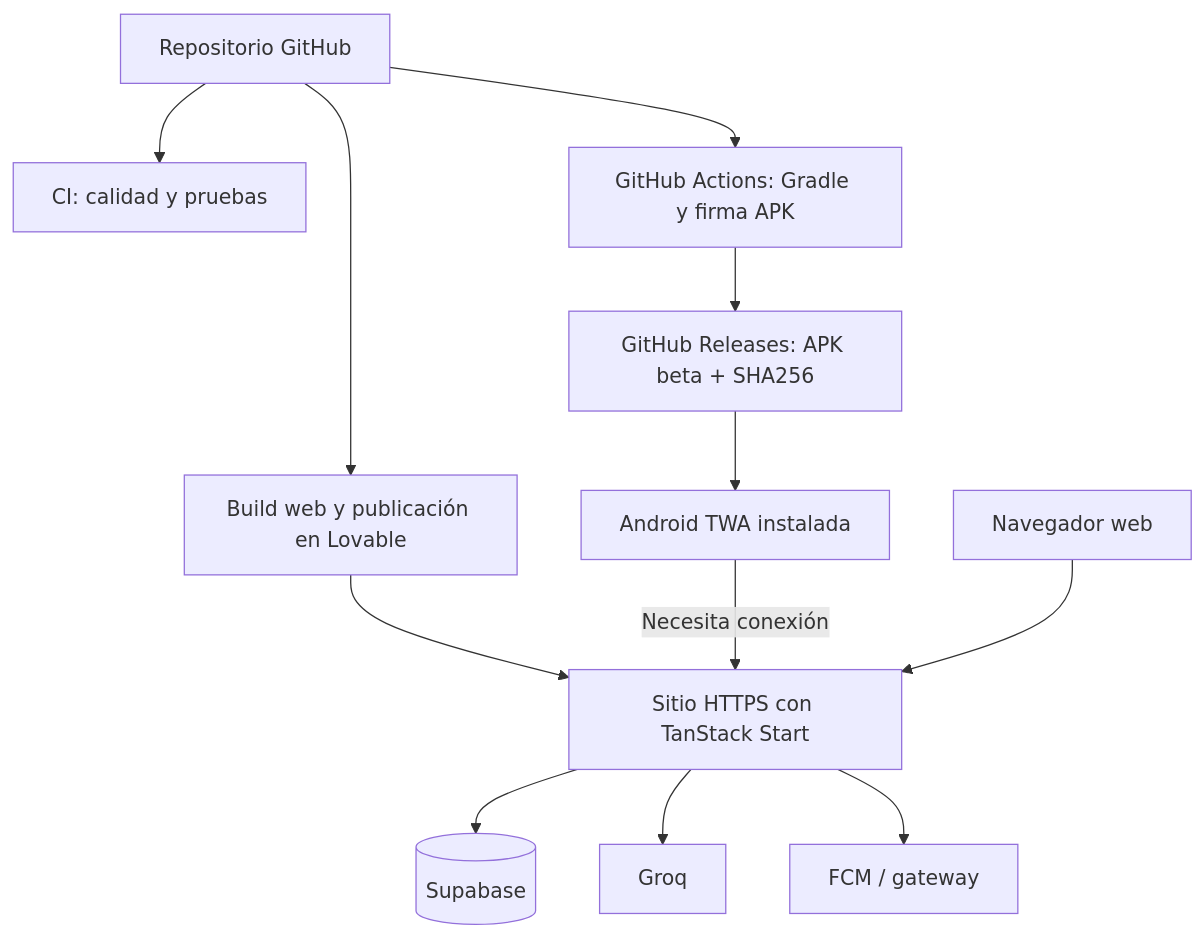
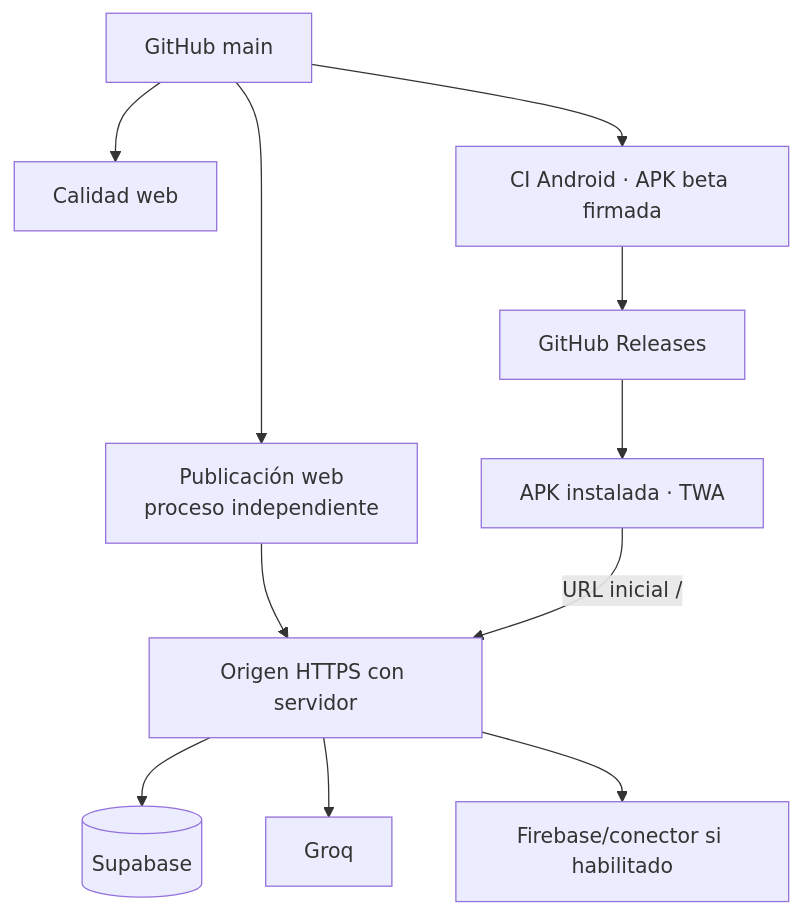
Before and after one commit to NicoCG32/Bodega-PaMaRa: the fourth of 4 diagrams in docs/tecnica/01-arquitectura.md, drawn with Mermaid. The commit also changed other lines of this file and 2 other files, not shown here.

````diff
--- a/docs/tecnica/01-arquitectura.md
+++ b/docs/tecnica/01-arquitectura.md
@@ -94,14 +105,13 @@
 ```mermaid
-flowchart TD
-  Repo[Repositorio GitHub] --> CI[CI: calidad y pruebas]
-  Repo --> WebBuild[Build web y publicación en Lovable]
-  Repo --> AndroidBuild[GitHub Actions: Gradle y firma APK]
-  AndroidBuild --> Release[GitHub Releases: APK beta + SHA256]
-  WebBuild --> Site[Sitio HTTPS con TanStack Start]
-  Release --> TWA[Android TWA instalada]
-  TWA -->|Necesita conexión| Site
-  Browser[Navegador web] --> Site
-  Site --> Supa[(Supabase)]
-  Site --> Groq[Groq]
-  Site --> Push[FCM / gateway]
+flowchart TB
+    REPO["GitHub main"] --> CI["Calidad web"]
+    REPO --> APK["CI Android · APK beta firmada"]
+    APK --> RELEASE["GitHub Releases"]
+    REPO --> HOST["Publicación web<br/>proceso independiente"]
+    HOST --> WEB["Origen HTTPS con servidor"]
+    RELEASE --> TWA["APK instalada · TWA"]
+    TWA -->|"URL inicial /"| WEB
+    WEB --> SUPA[("Supabase")]
+    WEB --> GROQ["Groq"]
+    WEB --> FCM["Firebase/conector si habilitado"]
 ```
````
